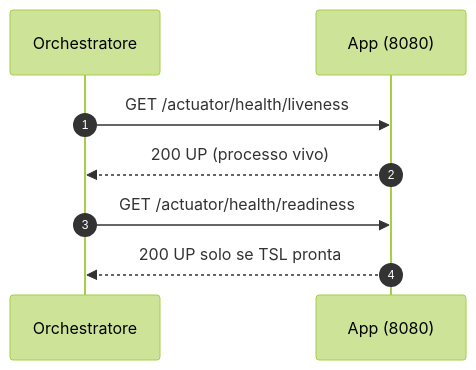
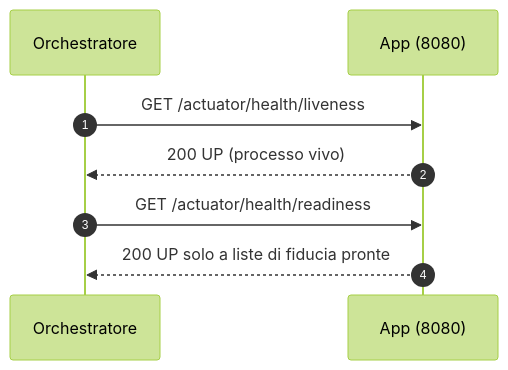
One commit to toresoft/sign-verify changed the second of 3 diagrams in docs/it/02-docker.md. Above: the diagram before and after it, drawn with Mermaid (forest theme). The commit also changed other lines of this file and 14 other files, not shown here.

````diff
--- a/docs/it/02-docker.md
+++ b/docs/it/02-docker.md
@@ -170,10 +177,10 @@
 ```mermaid
 sequenceDiagram
     autonumber
     participant O as Orchestratore
     participant A as App (8080)
     O->>A: GET /actuator/health/liveness
     A-->>O: 200 UP (processo vivo)
     O->>A: GET /actuator/health/readiness
-    A-->>O: 200 UP solo se TSL pronta
+    A-->>O: 200 UP solo a liste di fiducia pronte
 ```
````
